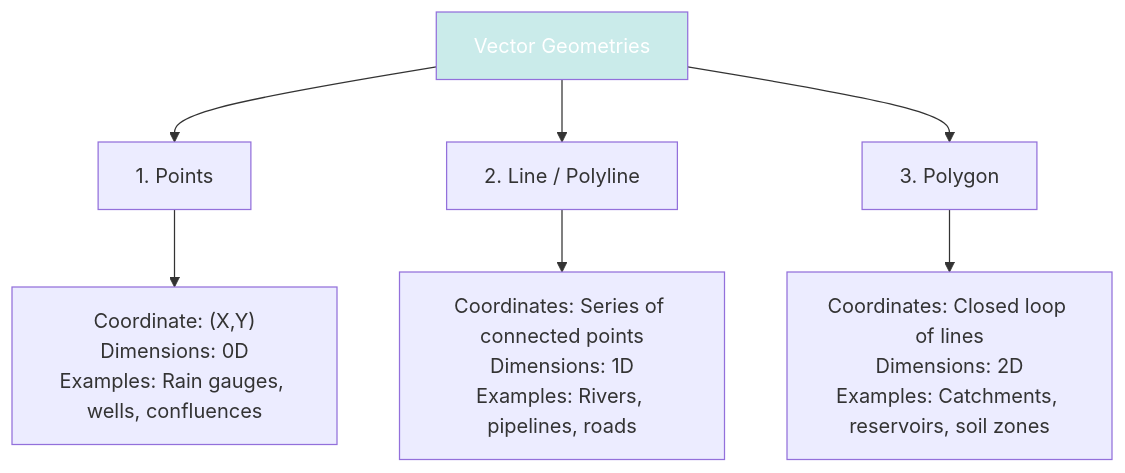
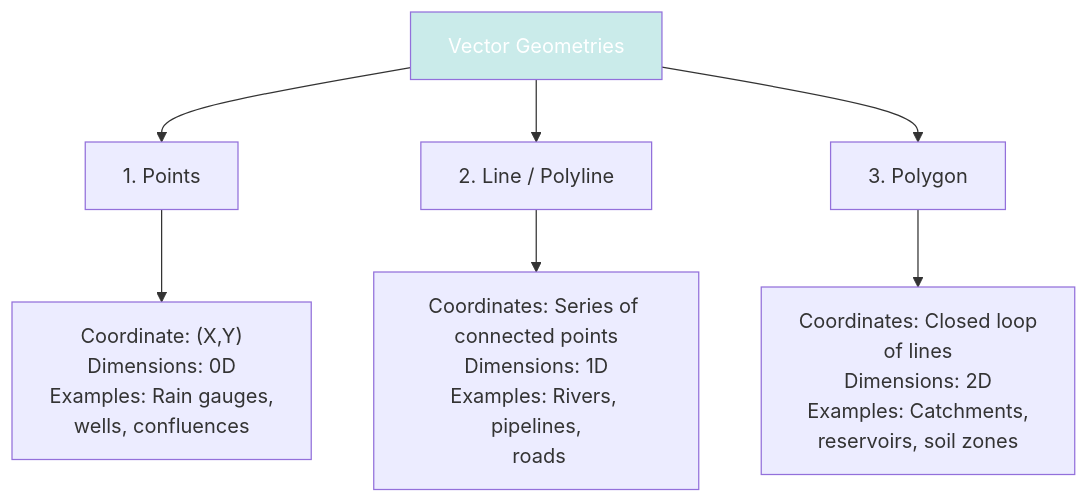
Before and after one commit to Rotten-Grapes-Pvt-Ltd/QGIS-WECS: the first of 2 diagrams in docs/day1/03_spatial_data_models.md, drawn with Mermaid. The commit also changed other lines of this file and 32 other files, not shown here.

````diff
--- a/docs/day1/03_spatial_data_models.md
+++ b/docs/day1/03_spatial_data_models.md
@@ -10,12 +16,12 @@
 ```mermaid
 graph TD
     Vector[Vector Geometries] --> Point[1. Points]
     Vector --> Line[2. Line / Polyline]
     Vector --> Polygon[3. Polygon]
     
-    Point --> Point_D["Coordinate: (X,Y)<br/>Dimensions: 0D<br/>Examples: Rain gauges, wells, confluences"]
-    Line --> Line_D["Coordinates: Series of connected points<br/>Dimensions: 1D<br/>Examples: Rivers, pipelines, roads"]
-    Polygon --> Polygon_D["Coordinates: Closed loop of lines<br/>Dimensions: 2D<br/>Examples: Catchments, reservoirs, soil zones"]
+    Point --> Point_D["Coordinate: (X,Y)<br/>Dimensions: 0D<br/>Examples: Rain gauges, <br>wells, confluences"]
+    Line --> Line_D["Coordinates: Series of <br>connected points<br/>Dimensions: 1D<br/>Examples: Rivers, pipelines,<br> roads"]
+    Polygon --> Polygon_D["Coordinates: Closed loop <br>of lines<br/>Dimensions: 2D<br/>Examples: Catchments, <br>reservoirs, soil zones"]
 
     style Vector fill:#caebea,color:#fff
 ```
````
